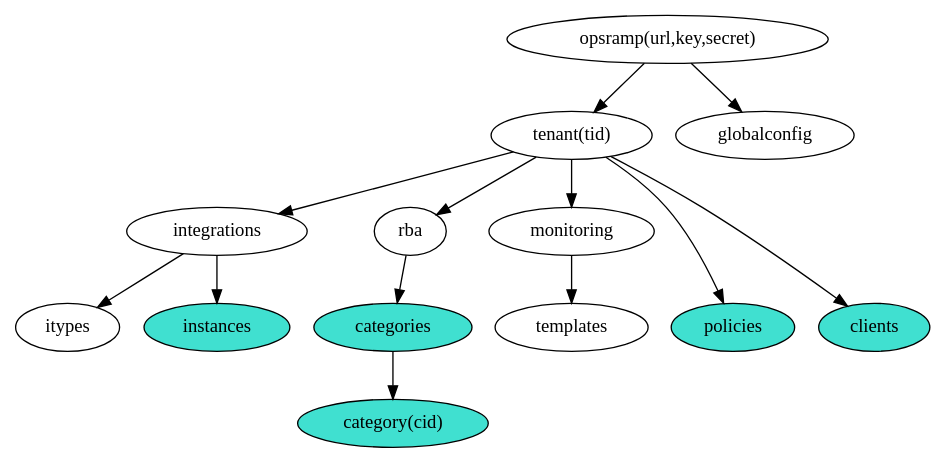
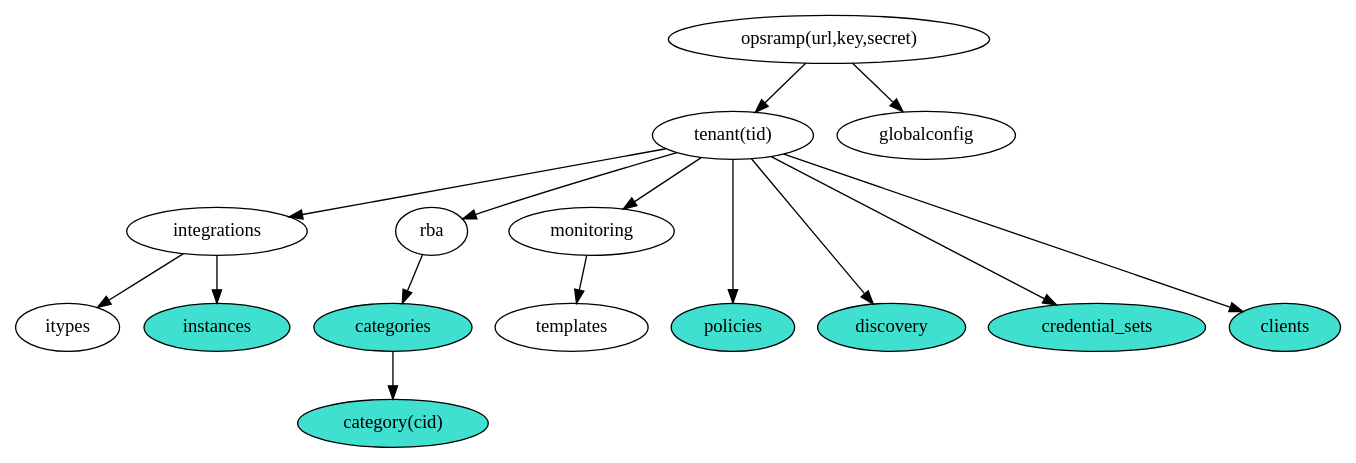
The diagram in classes.dot (HewlettPackard/python-opsramp), drawn with Graphviz before and after one commit. The commit also changed 5 other files, not shown here.

First line of the commit message:
MGM-223 Discovery profiles and Credential sets.

```diff
--- a/classes.dot
+++ b/classes.dot
@@ -1,35 +1,37 @@
 # classes.dot
 # An input file for graphviz that produces a diagram of the relationship
 # between the various classes in the python-opsramp language binding.
 #
 # (c) Copyright 2019 Hewlett Packard Enterprise Development LP
 #
 # Licensed under the Apache License, Version 2.0 (the "License");
 # you may not use this file except in compliance with the License.
 # You may obtain a copy of the License at
 #
 #     http://www.apache.org/licenses/LICENSE-2.0
 #
 # Unless required by applicable law or agreed to in writing, software
 # distributed under the License is distributed on an "AS IS" BASIS,
 # WITHOUT WARRANTIES OR CONDITIONS OF ANY KIND, either express or implied.
 # See the License for the specific language governing permissions and
 # limitations under the License.
 #
 digraph {
   opsramp -> { tenant globalconfig }
-  tenant -> { integrations rba monitoring policies clients }
+  tenant -> { integrations rba monitoring policies discovery credential_sets clients }
   rba -> categories
   categories -> category
   monitoring -> templates
   integrations -> { itypes instances }
-  { rank=same categories templates clients policies itypes instances }
+  { rank=same categories templates clients policies itypes instances discovery credential_sets }
 
   opsramp [label="opsramp(url,key,secret)"]
   tenant [label="tenant(tid)"]
   category [label="category(cid)" style="filled" fillcolor="turquoise"]
   instances [style="filled" fillcolor="turquoise"]
   categories [style="filled" fillcolor="turquoise"]
   policies [style="filled" fillcolor="turquoise"]
   clients [style="filled" fillcolor="turquoise"]
+  discovery [style="filled" fillcolor="turquoise"]
+  credential_sets [style="filled" fillcolor="turquoise"]
 }
```
